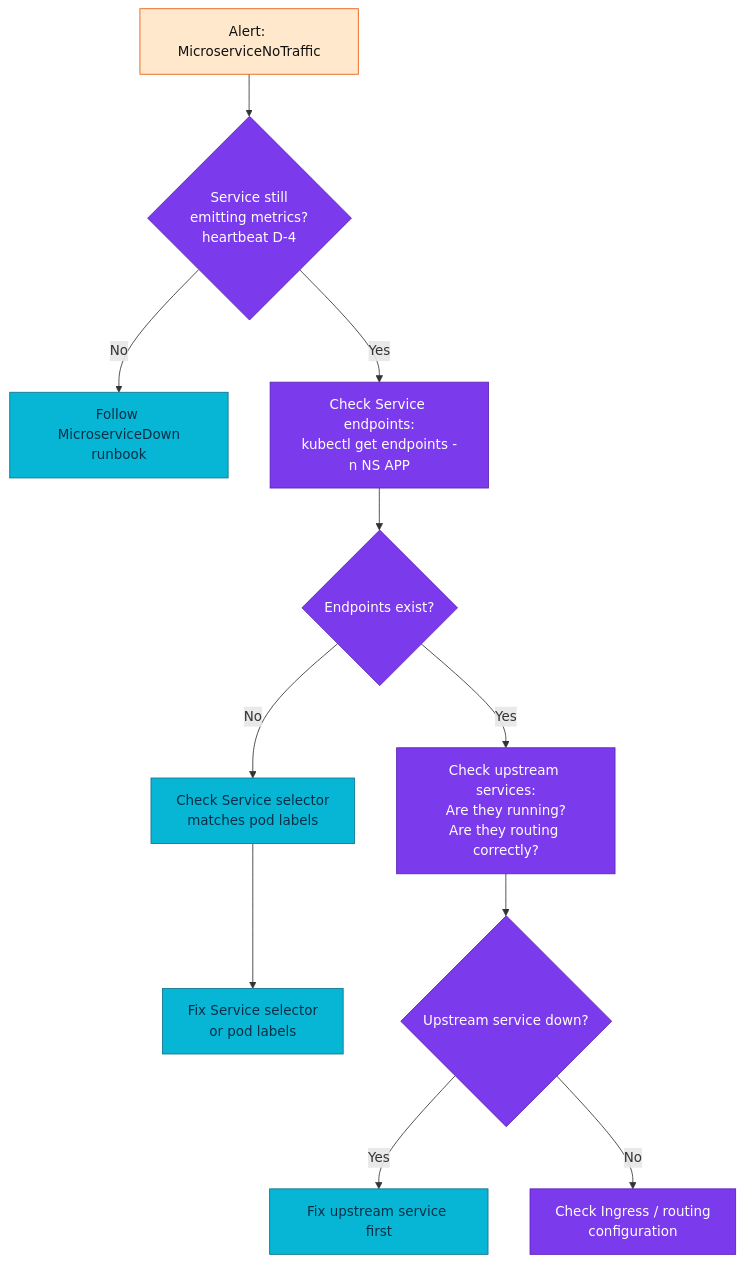
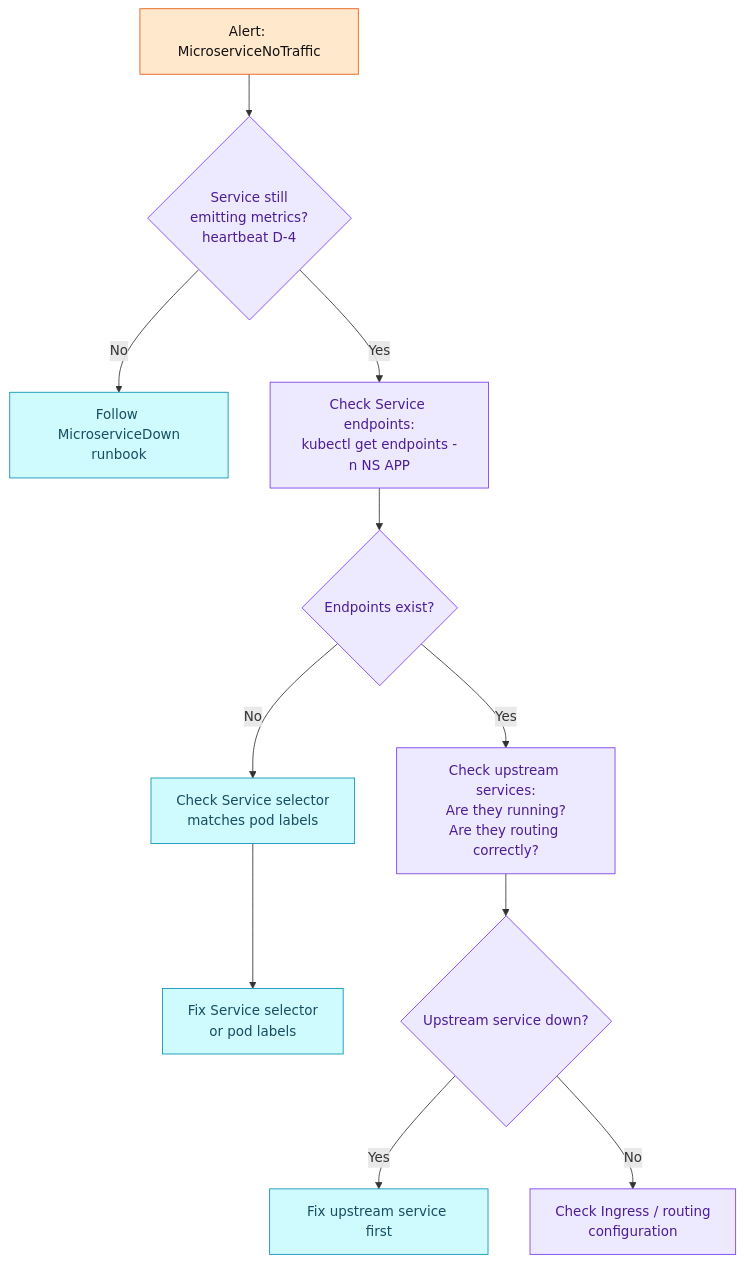
One commit to duynhlab/homelab changed the third of 4 diagrams in docs/observability/runbooks/microservices/README.md. Above: the diagram before and after it, drawn with Mermaid. The commit also changed other lines of this file and 174 other files, not shown here.

First line of the commit message:
Soft-tint diagram palette, a signal-flow diagram, a Linux-ready Draw.io skill

````diff
--- a/docs/observability/runbooks/microservices/README.md
+++ b/docs/observability/runbooks/microservices/README.md
@@ -203,25 +203,25 @@
 ```mermaid
 flowchart TD
     Start["Alert: MicroserviceNoTraffic"] --> IsUp{"Service still<br/>emitting metrics?<br/>heartbeat D-4"}
 
     IsUp -->|No| FollowDown["Follow MicroserviceDown\nrunbook"]
     IsUp -->|Yes| CheckEndpoints["Check Service endpoints:\nkubectl get endpoints -n NS APP"]
 
 
     CheckEndpoints --> HasEndpoints{"Endpoints exist?"}
     HasEndpoints -->|No| CheckService["Check Service selector\nmatches pod labels"]
     HasEndpoints -->|Yes| CheckUpstream["Check upstream services:\nAre they running?\nAre they routing correctly?"]
 
     CheckService --> FixSelector["Fix Service selector\nor pod labels"]
     CheckUpstream --> IsUpstreamDown{"Upstream service down?"}
 
     IsUpstreamDown -->|Yes| FixUpstream["Fix upstream service first"]
     IsUpstreamDown -->|No| CheckIngress["Check Ingress / routing\nconfiguration"]
 
     classDef metric fill:#ffe8cc,color:#111,stroke:#e8590c;
-    classDef service fill:#06b6d4,color:#082f49,stroke:#0e7490;
-    classDef platform fill:#7c3aed,color:#fff,stroke:#5b21b6;
+    classDef service fill:#cffafe,color:#164e63,stroke:#0891b2;
+    classDef platform fill:#ede9fe,color:#4c1d95,stroke:#7c3aed;
     class Start metric;
     class IsUp,CheckEndpoints,HasEndpoints,CheckUpstream,IsUpstreamDown,CheckIngress platform;
     class FollowDown,CheckService,FixSelector,FixUpstream service;
 ```
````
